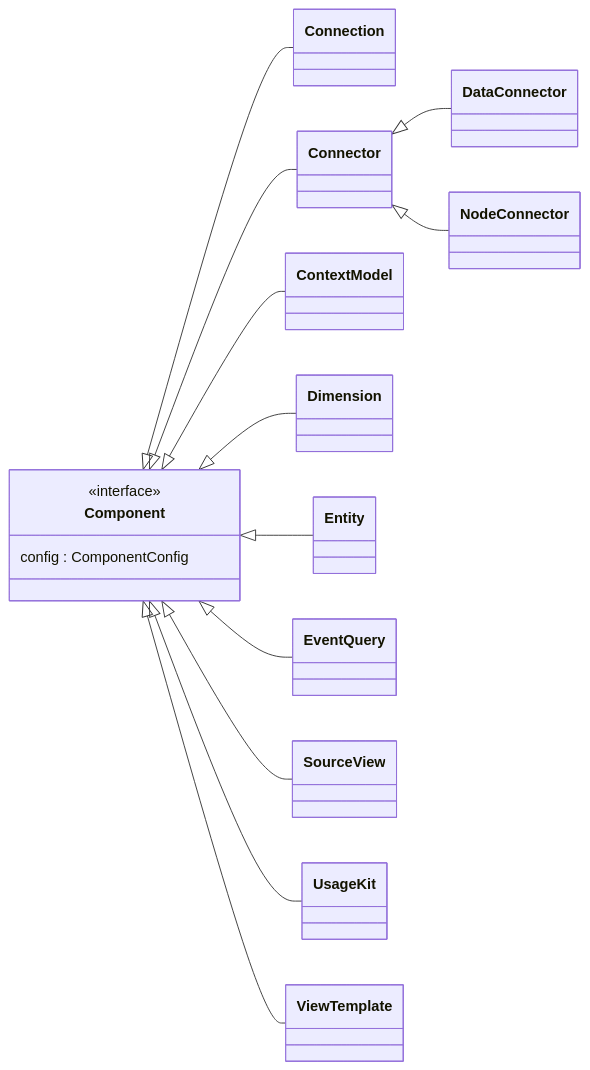
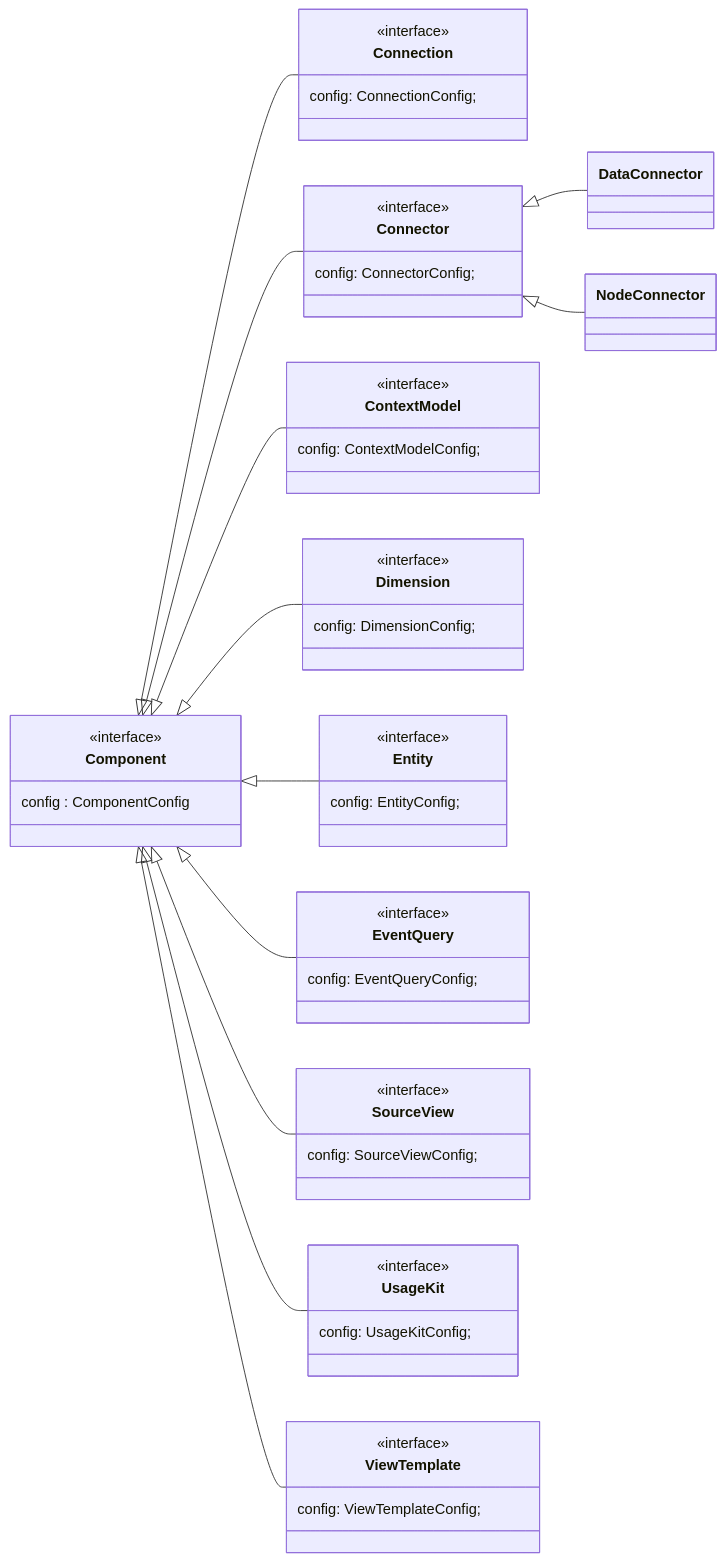
Before and after one commit to data-positioning/datapos-shared: the second of 13 diagrams in README.md, drawn with Mermaid. The commit also changed other lines of this file and 2 other files, not shown here.

````diff
--- a/README.md
+++ b/README.md
@@ -42,21 +42,66 @@
 ```mermaid
 classDiagram
     direction LR
 
     class Component {
         <<interface>>
         config : ComponentConfig
+    }
+
+    class Connection {
+        <<interface>>
+        config: ConnectionConfig;
+    }
+
+    class Connector {
+        <<interface>>
+        config: ConnectorConfig;
+    }
+
+    class ContextModel {
+        <<interface>>
+        config: ContextModelConfig;
+    }
+
+    class Dimension {
+        <<interface>>
+        config: DimensionConfig;
+    }
+
+    class Entity {
+        <<interface>>
+        config: EntityConfig;
+    }
+
+    class EventQuery {
+        <<interface>>
+        config: EventQueryConfig;
+    }
+
+    class SourceView {
+        <<interface>>
+        config: SourceViewConfig;
+    }
+
+    class UsageKit {
+        <<interface>>
+        config: UsageKitConfig;
+    }
+
+    class ViewTemplate {
+        <<interface>>
+        config: ViewTemplateConfig;
     }
 
     Component <|-- Connection
     Component <|-- Connector
     Connector <|-- DataConnector
     Connector <|-- NodeConnector
     Component <|-- ContextModel
     Component <|-- Dimension
     Component <|-- Entity
     Component <|-- EventQuery
     Component <|-- SourceView
     Component <|-- UsageKit
     Component <|-- ViewTemplate
 ```
````
